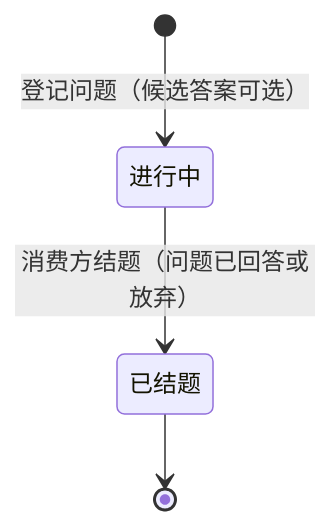
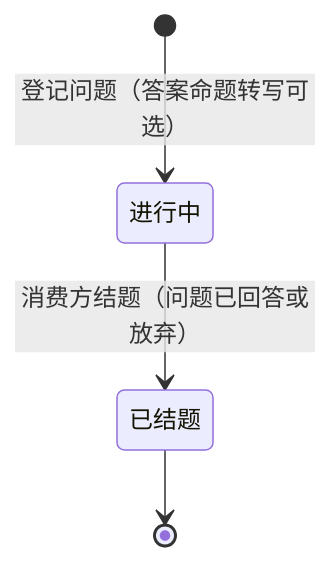
Before and after one commit to leoricmaster/iih: the sixth of 6 diagrams in backlog/docs/doc-02 - 领域模型-Domain-Model.md, drawn with Mermaid. The commit also changed other lines of this file and 6 other files, not shown here.

````diff
--- a/backlog/docs/doc-02 - 领域模型-Domain-Model.md
+++ b/backlog/docs/doc-02 - 领域模型-Domain-Model.md
@@ -168,6 +168,6 @@
 ```mermaid
 stateDiagram-v2
-    [*] --> 进行中: 登记问题（候选答案可选）
+    [*] --> 进行中: 登记问题（答案命题转写可选）
     进行中 --> 已结题: 消费方结题（问题已回答或放弃）
     已结题 --> [*]
 ```
````
